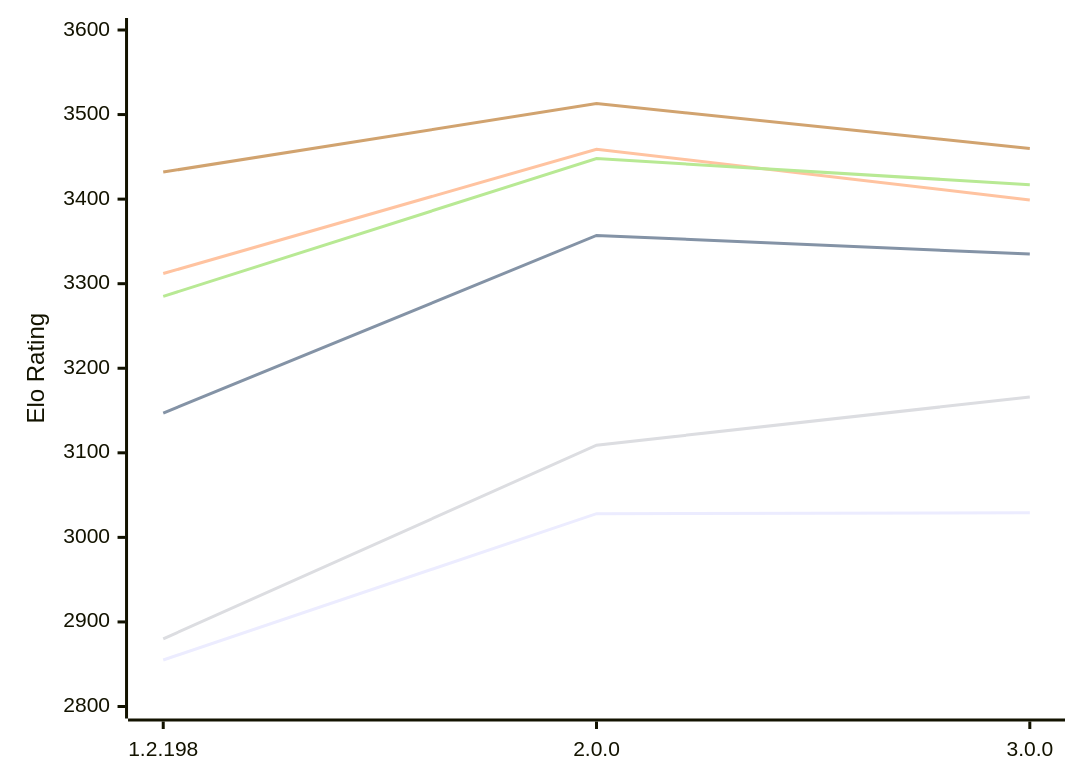
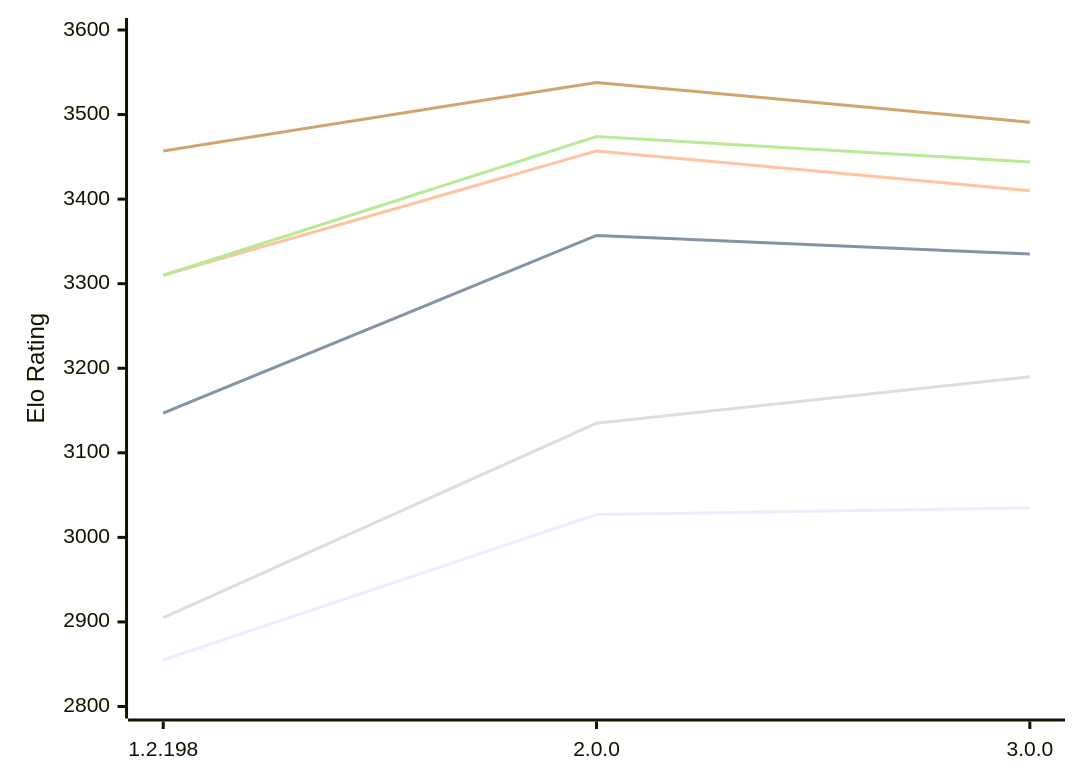
One commit to computer-chess-index/cci changed the diagram in engines/Zenith.md. Above: the diagram before and after it, drawn with Mermaid. The commit also changed other lines of this file, not shown here.

Commit message:
Update CCI Ratings (ELO VLTC) - 2026-11-04

````diff
--- a/engines/Zenith.md
+++ b/engines/Zenith.md
@@ -51,12 +51,12 @@
 ```mermaid
 %%{init: {"theme":"base","themeVariables":{"seriesColors:['#a3a3a3','#222221','#faa371']}}}%%
 xychart-beta
   x-axis ["1.2.198", "2.0.0", "3.0.0"]
   y-axis "Elo Rating" 2800 --> 3600
-  line "E1: STC (8.0+0.08s)" [2855, 3028, 3029]
+  line "E1: STC (8.0+0.08s)" [2855, 3027, 3035]
   line "E1: LTC (60.0+0.60s)" [3147, 3357, 3335]
-  line "E1: VLTC (2m24s+1.12s)" [3312, 3459, 3399]
-  line "P1: STC (8.0+0.08s)" [2880, 3109, 3166]
-  line "P1: LTC (60.0+0.60s)" [3285, 3448, 3417]
-  line "P1: VLTC (2m24s+1.12s)" [3432, 3513, 3460]
+  line "E1: VLTC (2m24s+1.12s)" [3310, 3457, 3410]
+  line "P1: STC (8.0+0.08s)" [2905, 3135, 3190]
+  line "P1: LTC (60.0+0.60s)" [3310, 3474, 3444]
+  line "P1: VLTC (2m24s+1.12s)" [3457, 3538, 3491]
 ```
````
